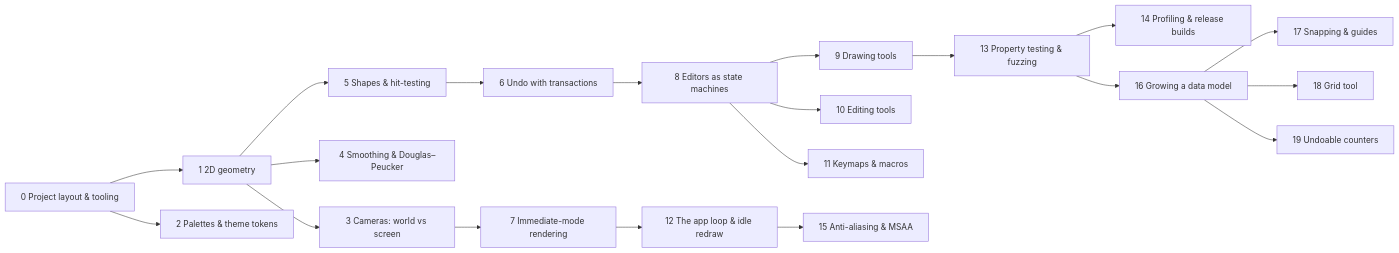
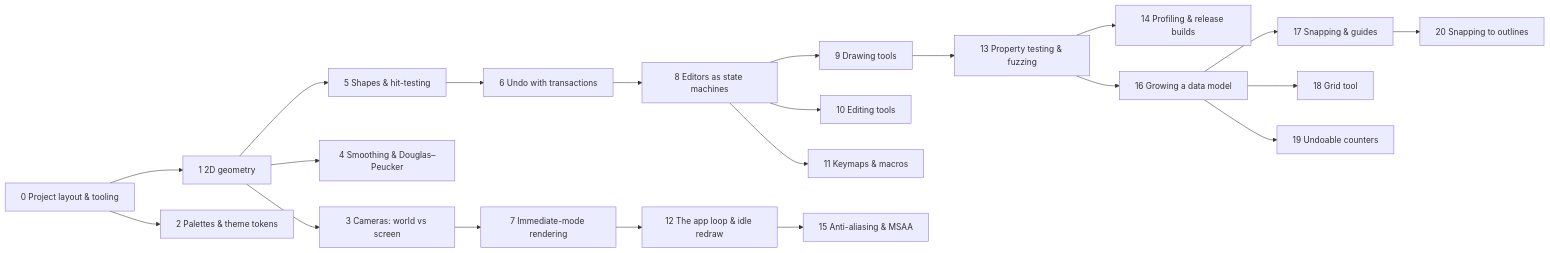
Before and after one commit to UmBender/draw: the diagram in docs/tutorials/Learning Path.md, drawn with Mermaid. The commit also changed other lines of this file and 3 other files, not shown here.

````diff
--- a/docs/tutorials/Learning Path.md
+++ b/docs/tutorials/Learning Path.md
@@ -11,22 +11,23 @@
 ```mermaid
 flowchart LR
   s0[0 Project layout & tooling] --> s1[1 2D geometry]
   s0 --> s2[2 Palettes & theme tokens]
   s1 --> s3[3 Cameras: world vs screen]
   s1 --> s4[4 Smoothing & Douglas–Peucker]
   s1 --> s5[5 Shapes & hit-testing]
   s5 --> s6[6 Undo with transactions]
   s3 --> s7[7 Immediate-mode rendering]
   s6 --> s8[8 Editors as state machines]
   s8 --> s9[9 Drawing tools]
   s8 --> s10[10 Editing tools]
   s8 --> s11[11 Keymaps & macros]
   s7 --> s12[12 The app loop & idle redraw]
   s9 --> s13[13 Property testing & fuzzing]
   s13 --> s14[14 Profiling & release builds]
   s12 --> s15[15 Anti-aliasing & MSAA]
   s13 --> s16[16 Growing a data model]
   s16 --> s17[17 Snapping & guides]
   s16 --> s18[18 Grid tool]
   s16 --> s19[19 Undoable counters]
+  s17 --> s20[20 Snapping to outlines]
 ```
````
